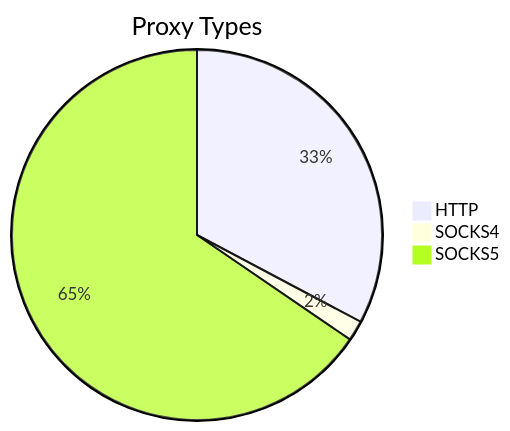
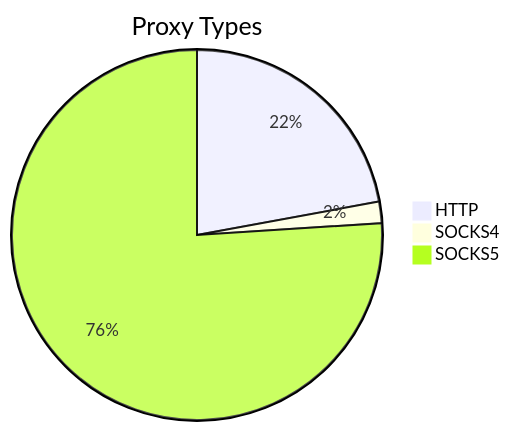
The first of 2 diagrams in README.md (stormsia/proxy-list), drawn with Mermaid before and after one commit. The commit also changed other lines of this file, not shown here.

````diff
--- a/README.md
+++ b/README.md
@@ -21,6 +21,6 @@
 ```mermaid
 pie title Proxy Types
-    "HTTP" : 498
-    "SOCKS4" : 27
-    "SOCKS5" : 995
+    "HTTP" : 412
+    "SOCKS4" : 35
+    "SOCKS5" : 1417
 ```
````
